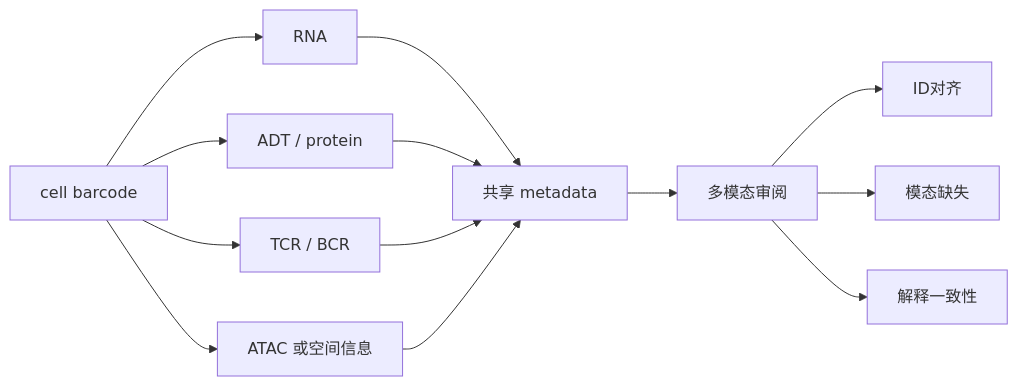
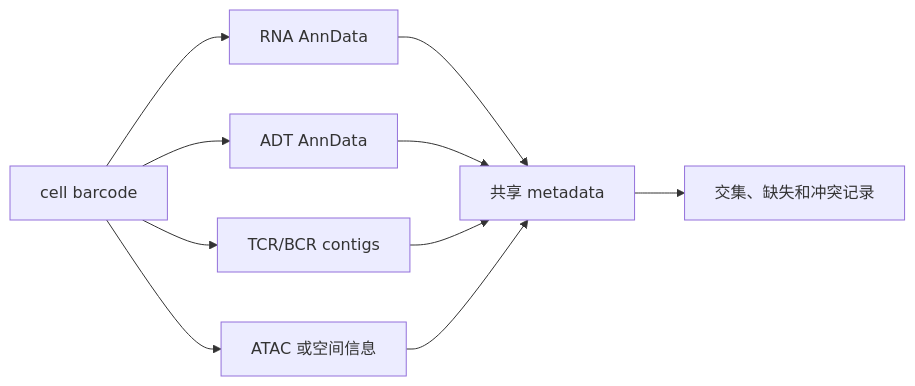
Before and after one commit to luvega/AI_MED_DataVis: the second of 4 diagrams in docs/chapters/chapter-15/index.md, drawn with Mermaid. The commit also changed other lines of this file and 84 other files, not shown here.

````diff
--- a/docs/chapters/chapter-15/index.md
+++ b/docs/chapters/chapter-15/index.md
@@ -193,15 +433,12 @@
 ```mermaid
 flowchart LR
-  A["cell barcode"] --> B["RNA"]
-  A --> C["ADT / protein"]
-  A --> D["TCR / BCR"]
+  A["cell barcode"] --> B["RNA AnnData"]
+  A --> C["ADT AnnData"]
+  A --> D["TCR/BCR contigs"]
   A --> E["ATAC 或空间信息"]
   B --> F["共享 metadata"]
   C --> F
   D --> F
   E --> F
-  F --> G["多模态审阅"]
-  G --> H["ID对齐"]
-  G --> I["模态缺失"]
-  G --> J["解释一致性"]
+  F --> G["交集、缺失和冲突记录"]
 ```
````
